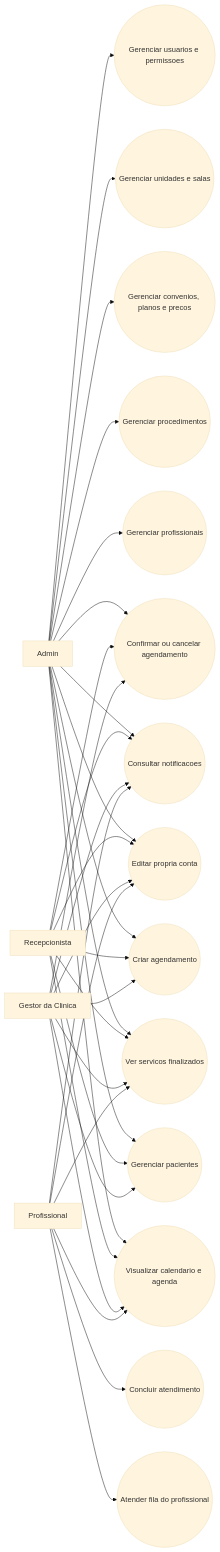
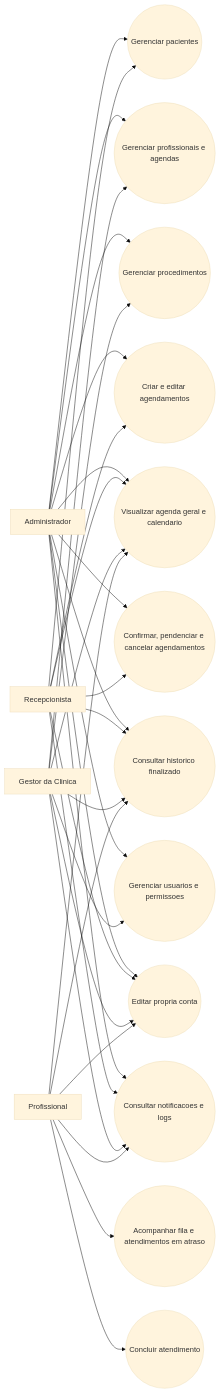
One commit to Thiagoferreira2002/SISTEMA-DE-AGENDAMENTO-WEB changed the first of 4 diagrams in docs/requisitos-e-diagramas.md. Above: the diagram before and after it, drawn with Mermaid (base theme). The commit also changed other lines of this file and 61 other files, not shown here.

````diff
--- a/docs/requisitos-e-diagramas.md
+++ b/docs/requisitos-e-diagramas.md
@@ -42,58 +43,54 @@
 ```mermaid
 flowchart LR
-    Admin[Admin]
+    Admin[Administrador]
     Recep[Recepcionista]
     Prof[Profissional]
     Gestor[Gestor da Clinica]
 
     UC1((Gerenciar pacientes))
-    UC2((Gerenciar profissionais))
+    UC2((Gerenciar profissionais e agendas))
     UC3((Gerenciar procedimentos))
-    UC4((Gerenciar convenios, planos e precos))
-    UC5((Criar agendamento))
-    UC6((Visualizar calendario e agenda))
-    UC7((Confirmar ou cancelar agendamento))
-    UC8((Atender fila do profissional))
-    UC9((Concluir atendimento))
-    UC10((Gerenciar unidades e salas))
-    UC11((Ver servicos finalizados))
+    UC6((Criar e editar agendamentos))
+    UC7((Visualizar agenda geral e calendario))
+    UC8((Confirmar, pendenciar e cancelar agendamentos))
+    UC9((Acompanhar fila e atendimentos em atraso))
+    UC10((Concluir atendimento))
+    UC11((Consultar historico finalizado))
     UC12((Gerenciar usuarios e permissoes))
     UC13((Editar propria conta))
-    UC14((Consultar notificacoes))
+    UC14((Consultar notificacoes e logs))
 
     Admin --> UC1
     Admin --> UC2
     Admin --> UC3
-    Admin --> UC4
-    Admin --> UC5
     Admin --> UC6
     Admin --> UC7
-    Admin --> UC10
+    Admin --> UC8
     Admin --> UC11
     Admin --> UC12
     Admin --> UC13
     Admin --> UC14
 
     Recep --> UC1
-    Recep --> UC5
     Recep --> UC6
     Recep --> UC7
+    Recep --> UC8
     Recep --> UC11
     Recep --> UC13
     Recep --> UC14
 
-    Gestor --> UC1
-    Gestor --> UC5
-    Gestor --> UC6
+    Gestor --> UC2
+    Gestor --> UC3
     Gestor --> UC7
     Gestor --> UC11
+    Gestor --> UC12
     Gestor --> UC13
     Gestor --> UC14
 
-    Prof --> UC6
-    Prof --> UC8
+    Prof --> UC7
     Prof --> UC9
+    Prof --> UC10
     Prof --> UC11
     Prof --> UC13
     Prof --> UC14
 ```
````
